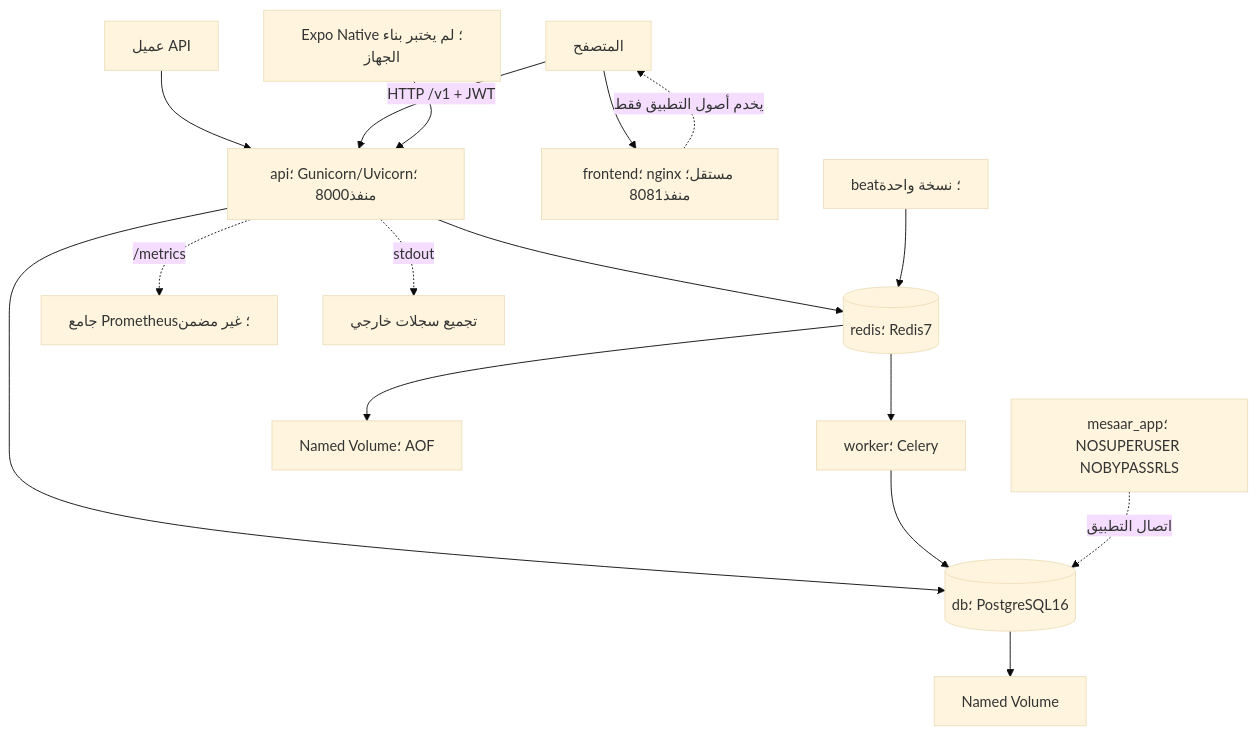
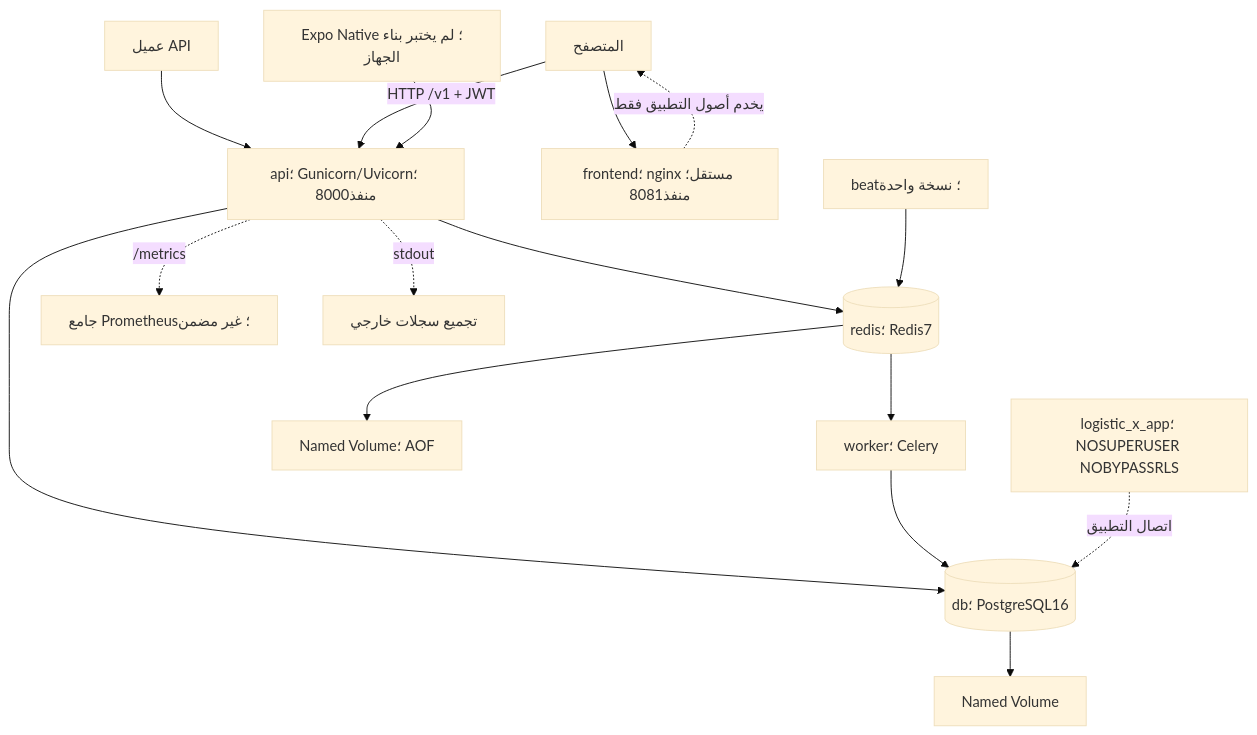
The diagram in docs/diagrams/deployment.mmd (azowz/Logistics_Managemnt_System), drawn with Mermaid (base theme) before and after one commit. The commit also changed 512 other files, not shown here.

First line of the commit message:
refactor: rebrand Mesaar to Logistic X and add repository standards

```diff
--- a/docs/diagrams/deployment.mmd
+++ b/docs/diagrams/deployment.mmd
@@ -1,17 +1,17 @@
 %% مكونات Compose الحالية؛ TLS والنسخ الاحتياطي وجمع المقاييس إعدادات خارجية.
 flowchart TB
     client[عميل API] --> api[api؛ Gunicorn/Uvicorn؛ منفذ8000]
     browser[المتصفح] --> frontend[frontend؛ nginx مستقل؛ منفذ8081]
     frontend -. يخدم أصول التطبيق فقط .-> browser
     browser -- HTTP /v1 + JWT --> api
     mobile[Expo Native؛ لم يختبر بناء الجهاز] --> api
     api --> pg[(db؛ PostgreSQL16)]
     api --> redis[(redis؛ Redis7)]
     beat[beat؛ نسخة واحدة] --> redis
     redis --> worker[worker؛ Celery]
     worker --> pg
     api -. /metrics .-> collector[جامع Prometheus؛ غير مضمن]
     api -. stdout .-> logs[تجميع سجلات خارجي]
     pg --> pgdata[Named Volume]
     redis --> redisdata[Named Volume؛ AOF]
-    role[mesaar_app؛ NOSUPERUSER NOBYPASSRLS] -. اتصال التطبيق .-> pg
+    role[logistic_x_app؛ NOSUPERUSER NOBYPASSRLS] -. اتصال التطبيق .-> pg
```
